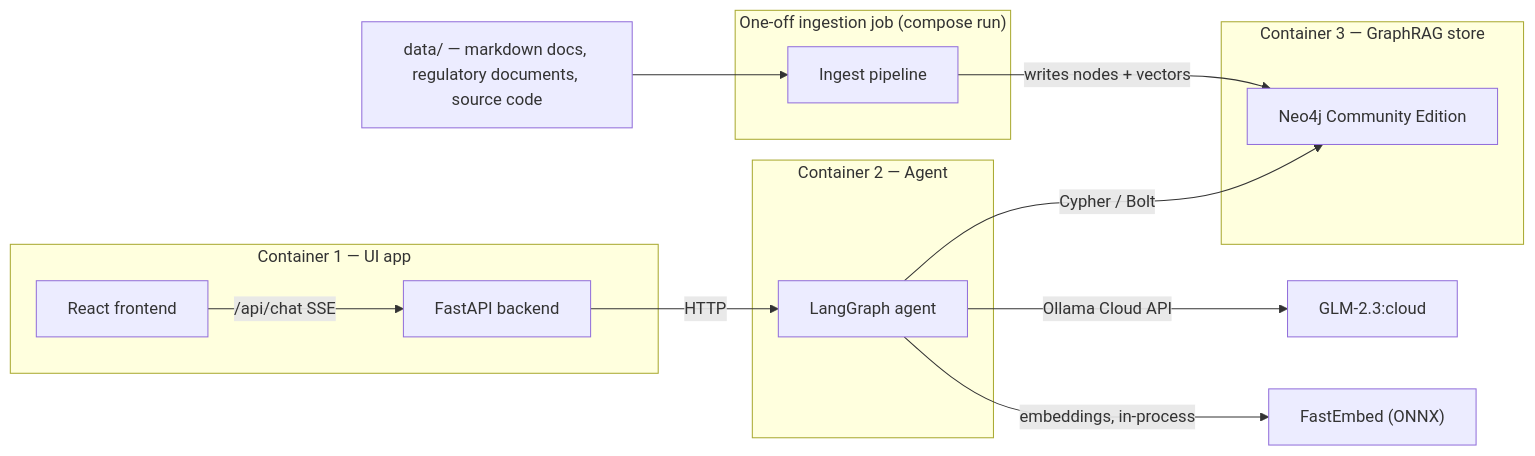
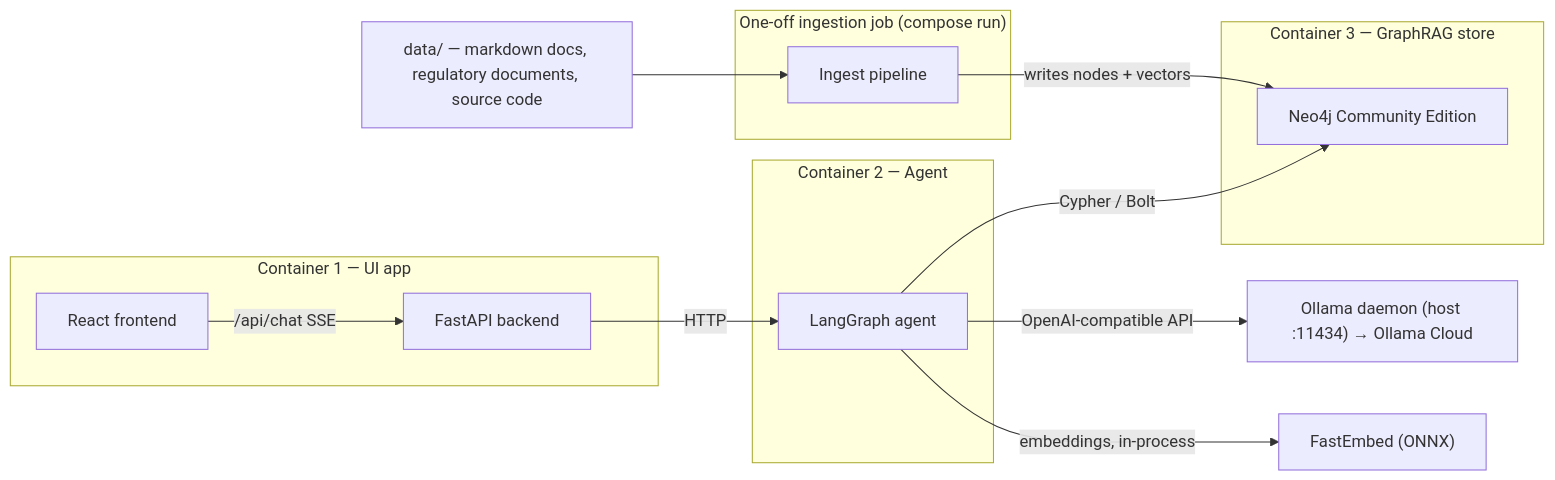
Before and after one commit to tomconn/graphrag: the diagram in README.md, drawn with Mermaid. The commit also changed other lines of this file, not shown here.

First line of the commit message:
Design review fixes: FastEmbed, typed graph schema, eval-in-PoC, Ollama access

````diff
--- a/README.md
+++ b/README.md
@@ -37,29 +37,29 @@
 ```mermaid
 flowchart LR
     subgraph ui["Container 1 — UI app"]
         REACT["React frontend"]
         FASTAPI["FastAPI backend"]
     end
 
     subgraph agent["Container 2 — Agent"]
         LG["LangGraph agent"]
     end
 
     subgraph neo4j["Container 3 — GraphRAG store"]
         N4J["Neo4j Community Edition"]
     end
 
     subgraph ingest["One-off ingestion job (compose run)"]
         ING["Ingest pipeline"]
     end
 
     CORPUS["data/ — markdown docs, regulatory documents, source code"]
 
     REACT -->|/api/chat SSE| FASTAPI
     FASTAPI -->|HTTP| LG
     LG -->|Cypher / Bolt| N4J
-    LG -->|Ollama Cloud API| LLM["GLM-2.3:cloud"]
+    LG -->|OpenAI-compatible API| OLLAMA["Ollama daemon (host :11434) → Ollama Cloud"]
     LG -->|embeddings, in-process| EMB["FastEmbed (ONNX)"]
     ING -->|writes nodes + vectors| N4J
     CORPUS --> ING
 ```
````
